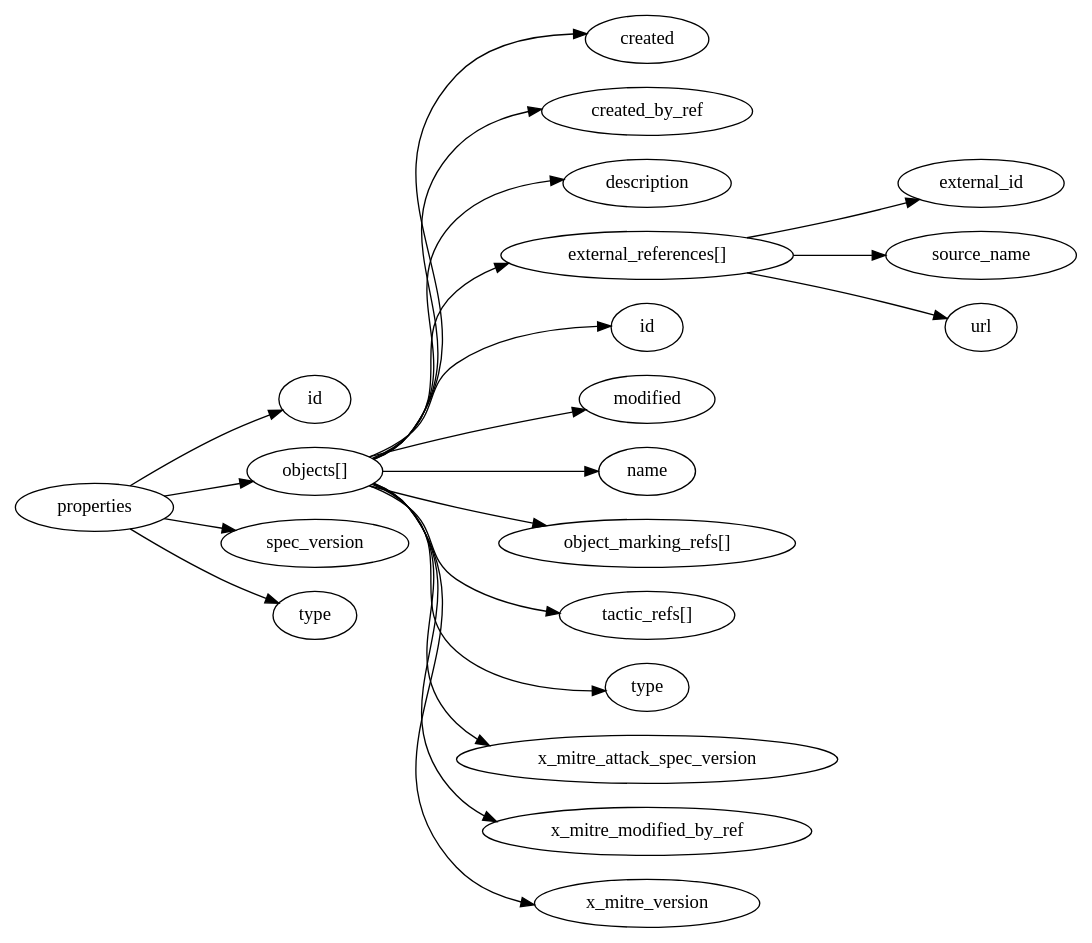
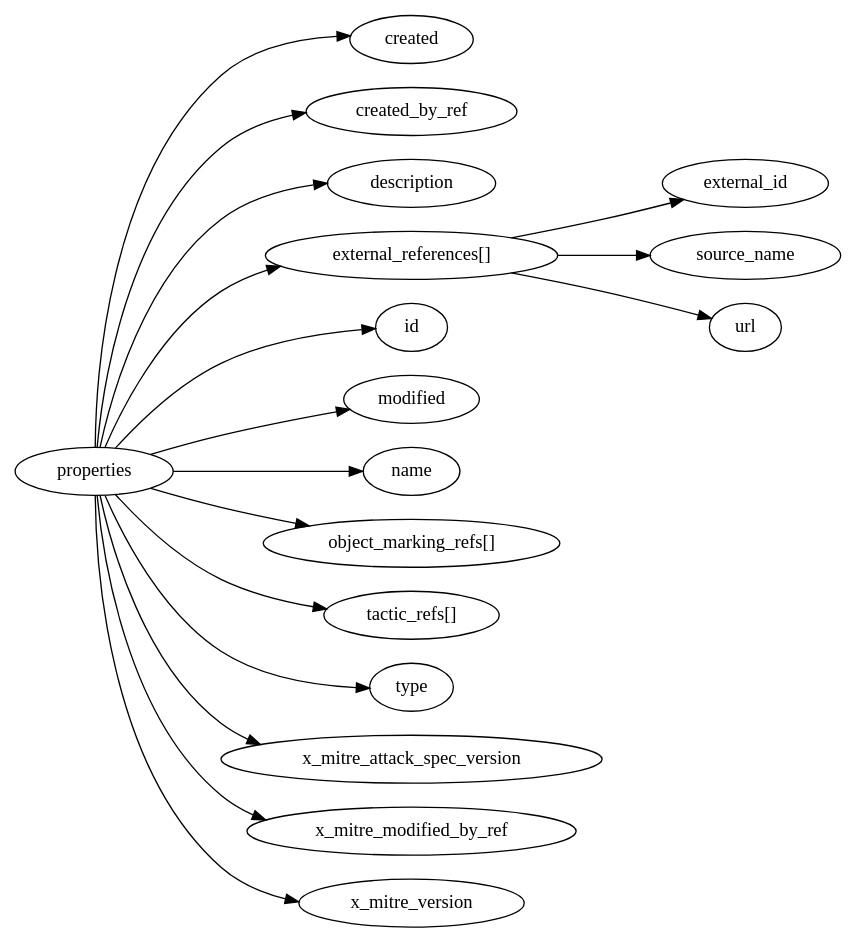
The diagram in resources/example-data/json/stix2/mitre-attack/dot/x-mitre-matrix.dot (whitfieldsdad/json-kit), drawn with Graphviz before and after one commit. The commit also changed 68 other files, not shown here.

```diff
--- a/resources/example-data/json/stix2/mitre-attack/dot/x-mitre-matrix.dot
+++ b/resources/example-data/json/stix2/mitre-attack/dot/x-mitre-matrix.dot
@@ -1,43 +1,35 @@
 digraph {
     graph [rankdir=LR]
+    "created" [label="created"]
+    "created_by_ref" [label="created_by_ref"]
+    "description" [label="description"]
+    "external_references" [label="external_references[]"]
+    "external_references.external_id" [label="external_id"]
+    "external_references.source_name" [label="source_name"]
+    "external_references.url" [label="url"]
     "id" [label="id"]
-    "objects" [label="objects[]"]
-    "objects.created" [label="created"]
-    "objects.created_by_ref" [label="created_by_ref"]
-    "objects.description" [label="description"]
-    "objects.external_references" [label="external_references[]"]
-    "objects.external_references.external_id" [label="external_id"]
-    "objects.external_references.source_name" [label="source_name"]
-    "objects.external_references.url" [label="url"]
-    "objects.id" [label="id"]
-    "objects.modified" [label="modified"]
-    "objects.name" [label="name"]
-    "objects.object_marking_refs" [label="object_marking_refs[]"]
-    "objects.tactic_refs" [label="tactic_refs[]"]
-    "objects.type" [label="type"]
-    "objects.x_mitre_attack_spec_version" [label="x_mitre_attack_spec_version"]
-    "objects.x_mitre_modified_by_ref" [label="x_mitre_modified_by_ref"]
-    "objects.x_mitre_version" [label="x_mitre_version"]
-    "spec_version" [label="spec_version"]
+    "modified" [label="modified"]
+    "name" [label="name"]
+    "object_marking_refs" [label="object_marking_refs[]"]
+    "tactic_refs" [label="tactic_refs[]"]
     "type" [label="type"]
+    "x_mitre_attack_spec_version" [label="x_mitre_attack_spec_version"]
+    "x_mitre_modified_by_ref" [label="x_mitre_modified_by_ref"]
+    "x_mitre_version" [label="x_mitre_version"]
+    "properties" -> "tactic_refs"
+    "properties" -> "object_marking_refs"
+    "properties" -> "id"
     "properties" -> "type"
-    "properties" -> "id"
-    "properties" -> "spec_version"
-    "properties" -> "objects"
-    "objects" -> "objects.tactic_refs"
-    "objects" -> "objects.object_marking_refs"
-    "objects" -> "objects.id"
-    "objects" -> "objects.type"
-    "objects" -> "objects.created"
-    "objects" -> "objects.created_by_ref"
-    "objects" -> "objects.external_references"
-    "objects" -> "objects.modified"
-    "objects" -> "objects.name"
-    "objects" -> "objects.description"
-    "objects" -> "objects.x_mitre_version"
-    "objects" -> "objects.x_mitre_attack_spec_version"
-    "objects" -> "objects.x_mitre_modified_by_ref"
-    "objects.external_references" -> "objects.external_references.external_id"
-    "objects.external_references" -> "objects.external_references.source_name"
-    "objects.external_references" -> "objects.external_references.url"
+    "properties" -> "created"
+    "properties" -> "created_by_ref"
+    "properties" -> "external_references"
+    "properties" -> "modified"
+    "properties" -> "name"
+    "properties" -> "description"
+    "properties" -> "x_mitre_version"
+    "properties" -> "x_mitre_attack_spec_version"
+    "properties" -> "x_mitre_modified_by_ref"
+    "external_references" -> "external_references.external_id"
+    "external_references" -> "external_references.source_name"
+    "external_references" -> "external_references.url"
 }
```
